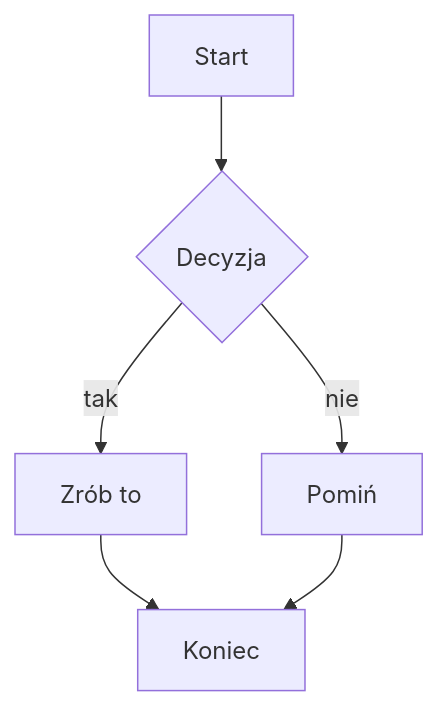
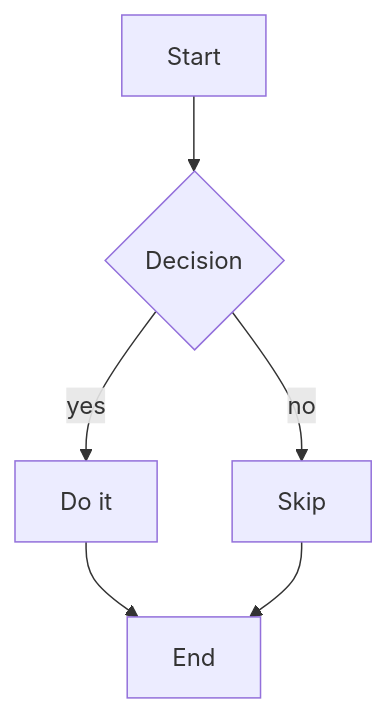
One commit to spiochacz/vmarkd-visual-markdown-editor changed the first of 7 diagrams in test/vscode-e2e/fixtures/all-renderers.md. Above: the diagram before and after it, drawn with Mermaid. The commit also changed other lines of this file and 43 other files, not shown here.

First line of the commit message:
feat(d2): offline D2 diagram renderer with dagre + ELK layout engines

````diff
--- a/test/vscode-e2e/fixtures/all-renderers.md
+++ b/test/vscode-e2e/fixtures/all-renderers.md
@@ -47,8 +47,8 @@
 ```mermaid
 graph TD
-  A[Start] --> B{Decyzja}
-  B -->|tak| C[Zrób to]
-  B -->|nie| D[Pomiń]
-  C --> E[Koniec]
+  A[Start] --> B{Decision}
+  B -->|yes| C[Do it]
+  B -->|no| D[Skip]
+  C --> E[End]
   D --> E
 ```
````
